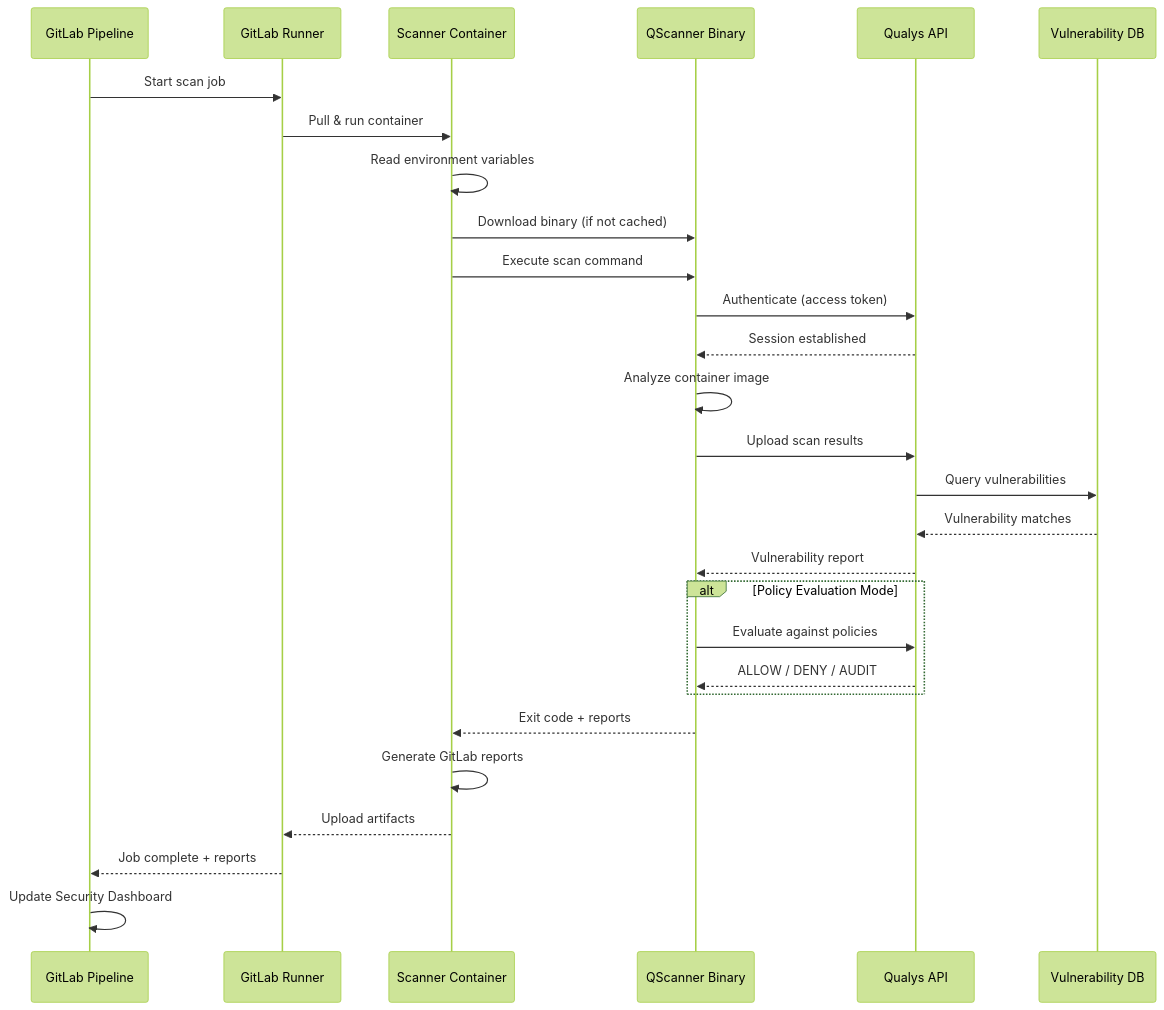
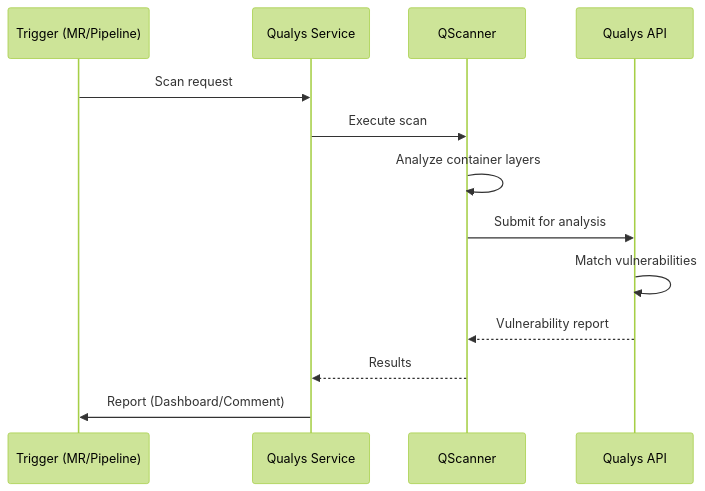
The third of 3 diagrams in docs/architecture.md (nelssec/qualys-gitlab), drawn with Mermaid (forest theme) before and after one commit. The commit also changed other lines of this file and 43 other files, not shown here.

````diff
--- a/docs/architecture.md
+++ b/docs/architecture.md
@@ -97,35 +111,16 @@
 ```mermaid
 sequenceDiagram
-    participant GL as GitLab Pipeline
-    participant Runner as GitLab Runner
-    participant Scanner as Scanner Container
-    participant QS as QScanner Binary
+    participant Trigger as Trigger (MR/Pipeline)
+    participant Service as Qualys Service
+    participant QS as QScanner
     participant API as Qualys API
-    participant DB as Vulnerability DB
 
-    GL->>Runner: Start scan job
-    Runner->>Scanner: Pull & run container
-    Scanner->>Scanner: Read environment variables
-    Scanner->>QS: Download binary (if not cached)
-    Scanner->>QS: Execute scan command
-
-    QS->>API: Authenticate (access token)
-    API-->>QS: Session established
-
-    QS->>QS: Analyze container image
-    QS->>API: Upload scan results
-    API->>DB: Query vulnerabilities
-    DB-->>API: Vulnerability matches
+    Trigger->>Service: Scan request
+    Service->>QS: Execute scan
+    QS->>QS: Analyze container layers
+    QS->>API: Submit for analysis
+    API->>API: Match vulnerabilities
     API-->>QS: Vulnerability report
-
-    alt Policy Evaluation Mode
-        QS->>API: Evaluate against policies
-        API-->>QS: ALLOW / DENY / AUDIT
-    end
-
-    QS-->>Scanner: Exit code + reports
-    Scanner->>Scanner: Generate GitLab reports
-    Scanner-->>Runner: Upload artifacts
-    Runner-->>GL: Job complete + reports
-    GL->>GL: Update Security Dashboard
+    QS-->>Service: Results
+    Service->>Trigger: Report (Dashboard/Comment)
 ```
````
